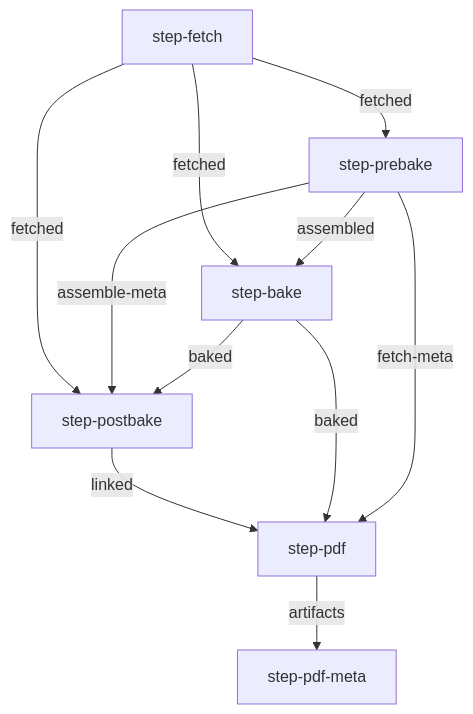
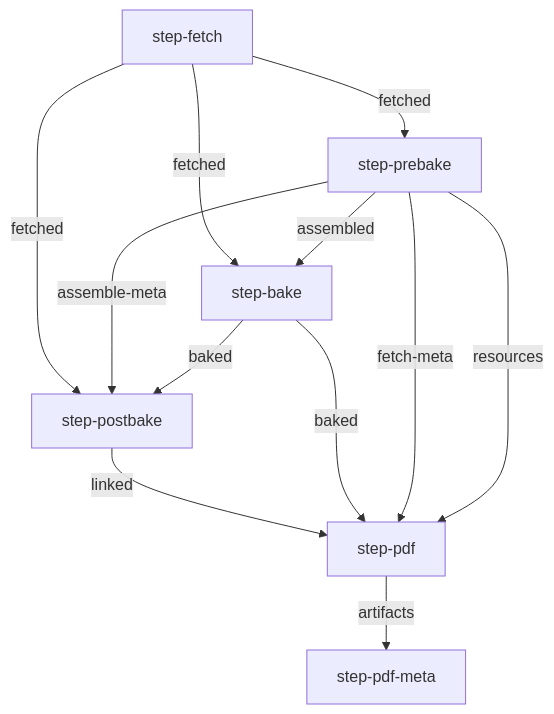
One commit to openstax/enki changed the diagram in README.md. Above: the diagram before and after it, drawn with Mermaid. The commit also changed 1 other file, not shown here.

Commit message:
Use latest version of neb; update docs

````diff
--- a/README.md
+++ b/README.md
@@ -124,13 +124,14 @@
 ```mermaid
 graph TB
     step-fetch -- fetched --> step-prebake
     step-fetch -- fetched --> step-bake
     step-prebake -- assembled --> step-bake
     step-fetch -- fetched --> step-postbake
     step-prebake -- assemble-meta --> step-postbake
     step-bake -- baked --> step-postbake
     step-postbake -- linked --> step-pdf
     step-bake -- baked --> step-pdf
     step-prebake -- fetch-meta --> step-pdf
+    step-prebake -- resources --> step-pdf
     step-pdf -- artifacts --> step-pdf-meta
 ```
````
